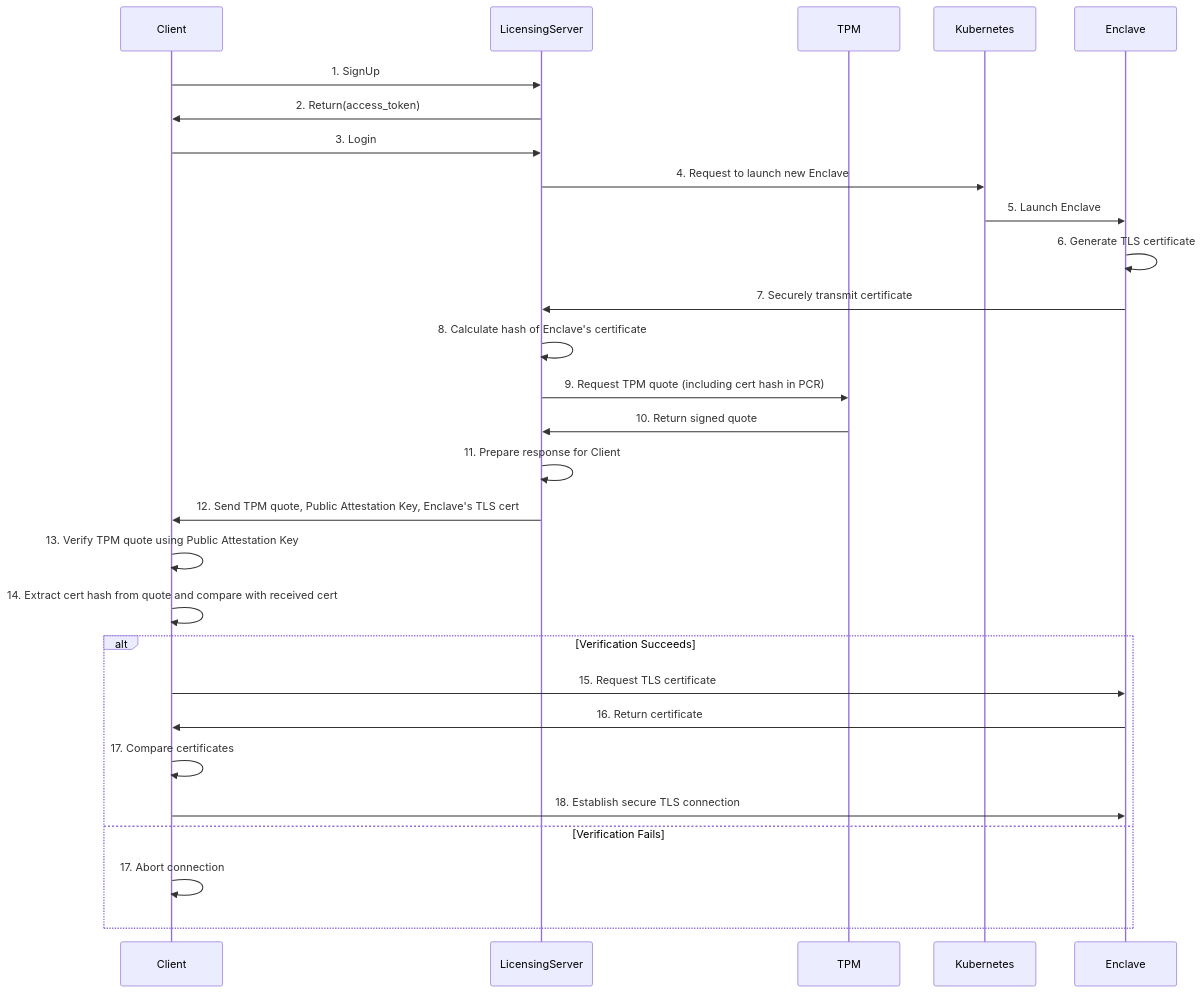
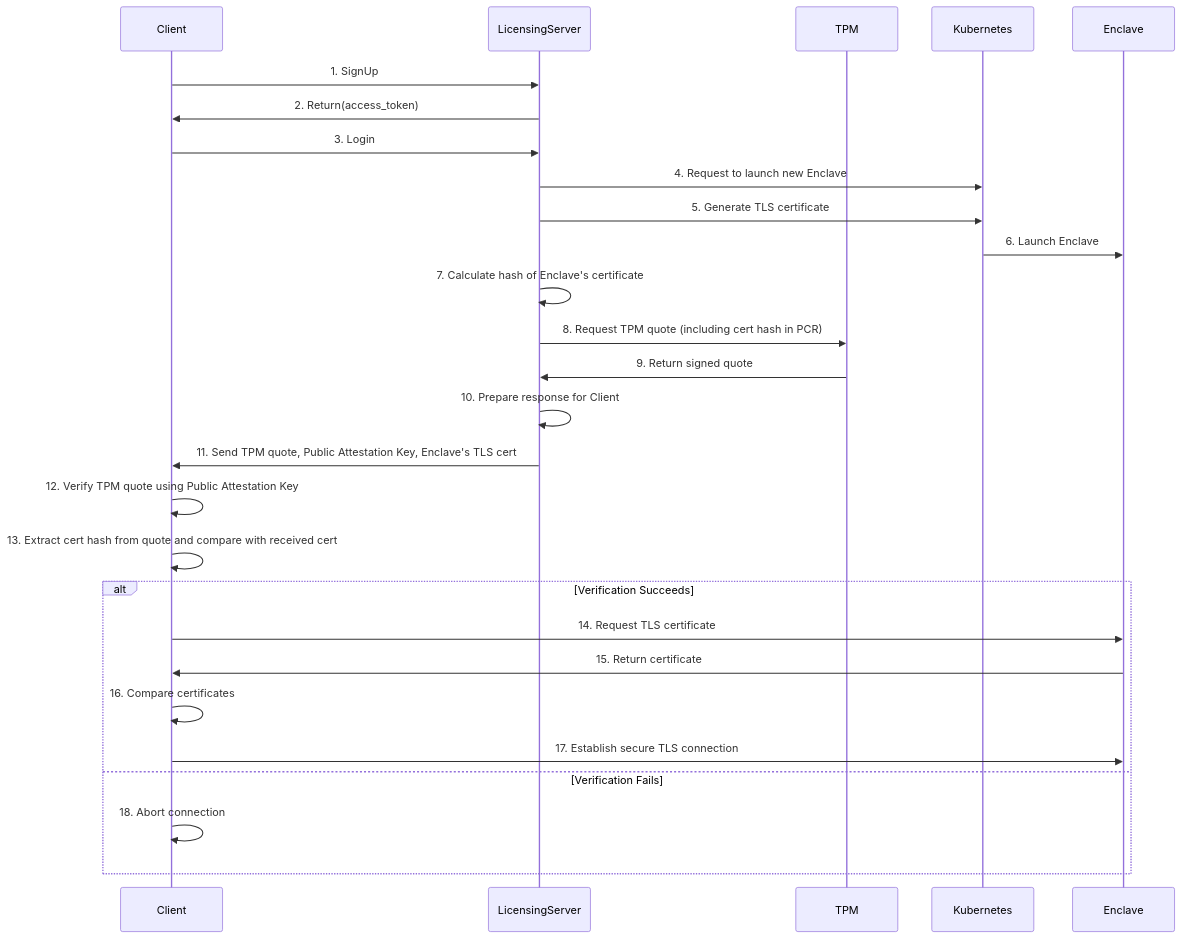
The second of 3 diagrams in README.md (mmbazm/secure_license_server), drawn with Mermaid before and after one commit. The commit also changed other lines of this file, not shown here.

````diff
--- a/README.md
+++ b/README.md
@@ -151,31 +156,30 @@
 ```mermaid
 sequenceDiagram
     participant Client
     participant LicensingServer
     participant TPM
     participant Kubernetes
     participant Enclave
 
     Client->>LicensingServer: 1. SignUp
     LicensingServer->>Client: 2. Return(access_token)
     Client->>LicensingServer: 3. Login
     LicensingServer->>Kubernetes: 4. Request to launch new Enclave
-    Kubernetes->>Enclave: 5. Launch Enclave
-    Enclave->>Enclave: 6. Generate TLS certificate
-    Enclave->>LicensingServer: 7. Securely transmit certificate
-    LicensingServer->>LicensingServer: 8. Calculate hash of Enclave's certificate
-    LicensingServer->>TPM: 9. Request TPM quote (including cert hash in PCR)
-    TPM->>LicensingServer: 10. Return signed quote
-    LicensingServer->>LicensingServer: 11. Prepare response for Client
-    LicensingServer->>Client: 12. Send TPM quote, Public Attestation Key, Enclave's TLS cert
-    Client->>Client: 13. Verify TPM quote using Public Attestation Key
-    Client->>Client: 14. Extract cert hash from quote and compare with received cert
+    LicensingServer->>Kubernetes: 5. Generate TLS certificate
+    Kubernetes->>Enclave: 6. Launch Enclave
+    LicensingServer->>LicensingServer: 7. Calculate hash of Enclave's certificate
+    LicensingServer->>TPM: 8. Request TPM quote (including cert hash in PCR)
+    TPM->>LicensingServer: 9. Return signed quote
+    LicensingServer->>LicensingServer: 10. Prepare response for Client
+    LicensingServer->>Client: 11. Send TPM quote, Public Attestation Key, Enclave's TLS cert
+    Client->>Client: 12. Verify TPM quote using Public Attestation Key
+    Client->>Client: 13. Extract cert hash from quote and compare with received cert
     alt Verification Succeeds
-        Client->>Enclave: 15. Request TLS certificate
-        Enclave->>Client: 16. Return certificate
-        Client->>Client: 17. Compare certificates
-        Client->>Enclave: 18. Establish secure TLS connection
+        Client->>Enclave: 14. Request TLS certificate
+        Enclave->>Client: 15. Return certificate
+        Client->>Client: 16. Compare certificates
+        Client->>Enclave: 17. Establish secure TLS connection
     else Verification Fails
-        Client->>Client: 17. Abort connection
+        Client->>Client: 18. Abort connection
     end
 ```
````
